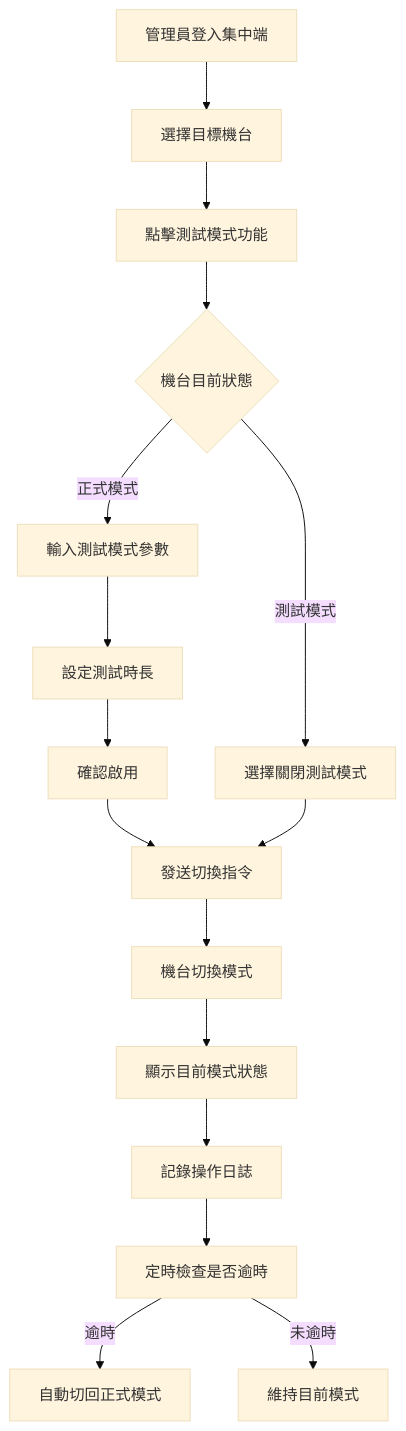
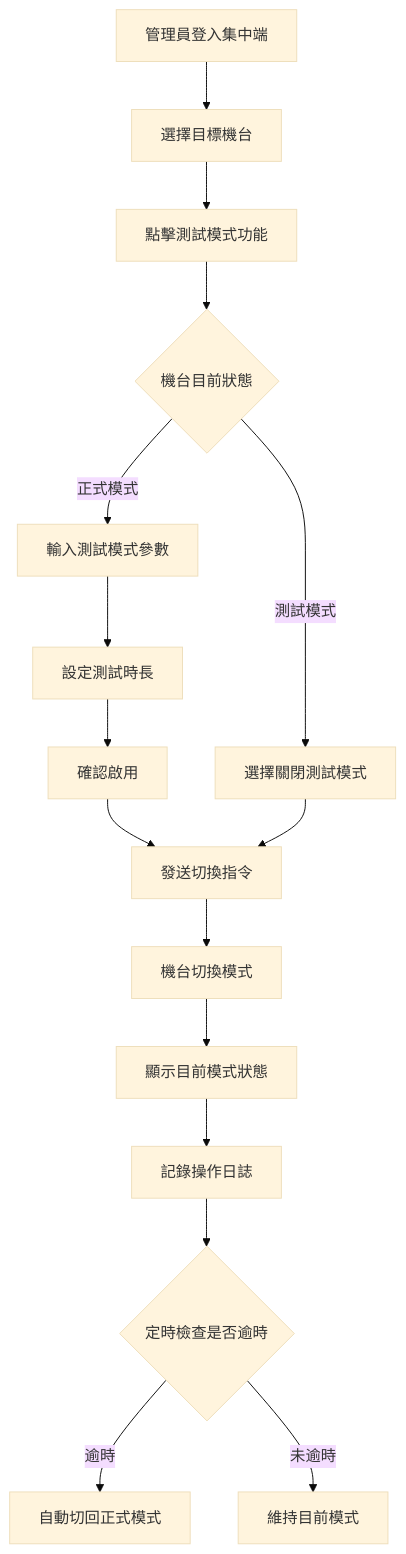
The tenth of 16 diagrams in md/v8/遊戲平台管理系統_功能矩陣與流程圖_旗艦版.md (dimx9173/project_game), drawn with Mermaid (base theme) before and after one commit. The commit also changed other lines of this file and 7 other files, not shown here.

````diff
--- a/md/v8/遊戲平台管理系統_功能矩陣與流程圖_旗艦版.md
+++ b/md/v8/遊戲平台管理系統_功能矩陣與流程圖_旗艦版.md
@@ -454,18 +452,18 @@
 ```mermaid
 flowchart TD
     A[管理員登入集中端] --> B[選擇目標機台]
     B --> C[點擊測試模式功能]
     C --> D{機台目前狀態}
     D -->|正式模式| E[輸入測試模式參數]
     D -->|測試模式| F[選擇關閉測試模式]
     E --> G[設定測試時長]
     G --> H[確認啟用]
     H --> I[發送切換指令]
     F --> I
     I --> J[機台切換模式]
     J --> K[顯示目前模式狀態]
     K --> L[記錄操作日誌]
-    L --> M[定時檢查是否逾時]
+    L --> M{定時檢查是否逾時}
     M -->|逾時| N[自動切回正式模式]
     M -->|未逾時| O[維持目前模式]
 ```
````
